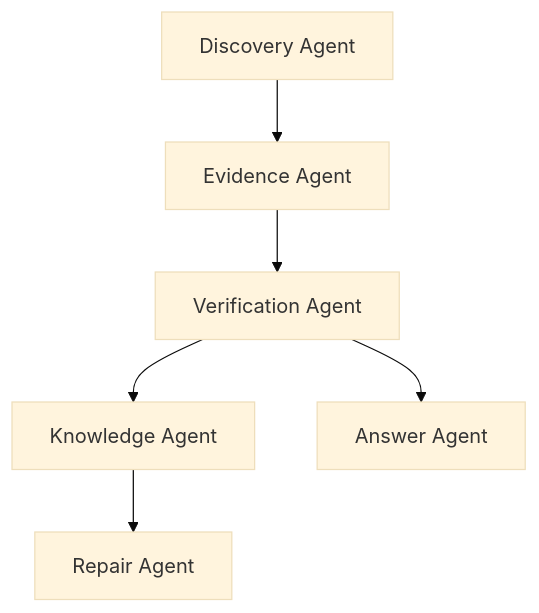
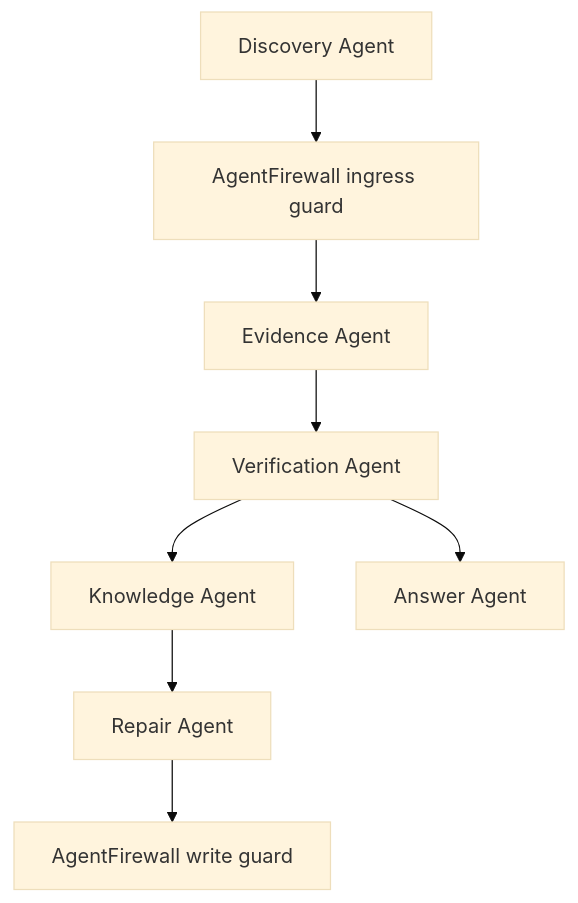
Before and after one commit to hasb73/truesource-agent: the diagram in docs/agent-architecture.md, drawn with Mermaid (base theme). The commit also changed other lines of this file and 13 other files, not shown here.

Commit message:
feat: add firewall agent to allow truesource function safely

````diff
--- a/docs/agent-architecture.md
+++ b/docs/agent-architecture.md
@@ -16,8 +17,10 @@
 ```mermaid
 flowchart TD
-    D[Discovery Agent] --> E[Evidence Agent]
+    D[Discovery Agent] --> F[AgentFirewall ingress guard]
+    F --> E[Evidence Agent]
     E --> V[Verification Agent]
     V --> K[Knowledge Agent]
     K --> R[Repair Agent]
+    R --> W[AgentFirewall write guard]
     V --> A[Answer Agent]
 ```
````
